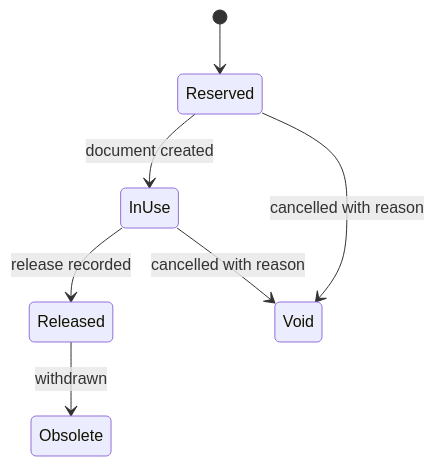
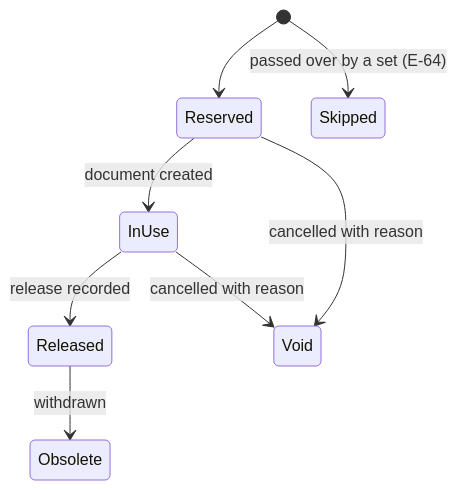
One commit to dkpauzi/revioten changed the second of 3 diagrams in docs/brief/pfmea-system-design-brief.md. Above: the diagram before and after it, drawn with Mermaid. The commit also changed other lines of this file and 6 other files, not shown here.

First line of the commit message:
Tutup Tahap 2: UML U5 dan U8, istilah U1, brief v1.17, CLAUDE.md, evaluasi Tahap 2

````diff
--- a/docs/brief/pfmea-system-design-brief.md
+++ b/docs/brief/pfmea-system-design-brief.md
@@ -213,9 +217,10 @@
 ```mermaid
 stateDiagram-v2
   [*] --> Reserved
   Reserved --> InUse: document created
   InUse --> Released: release recorded
   Released --> Obsolete: withdrawn
   Reserved --> Void: cancelled with reason
   InUse --> Void: cancelled with reason
+  [*] --> Skipped: passed over by a set (E-64)
 ```
````
